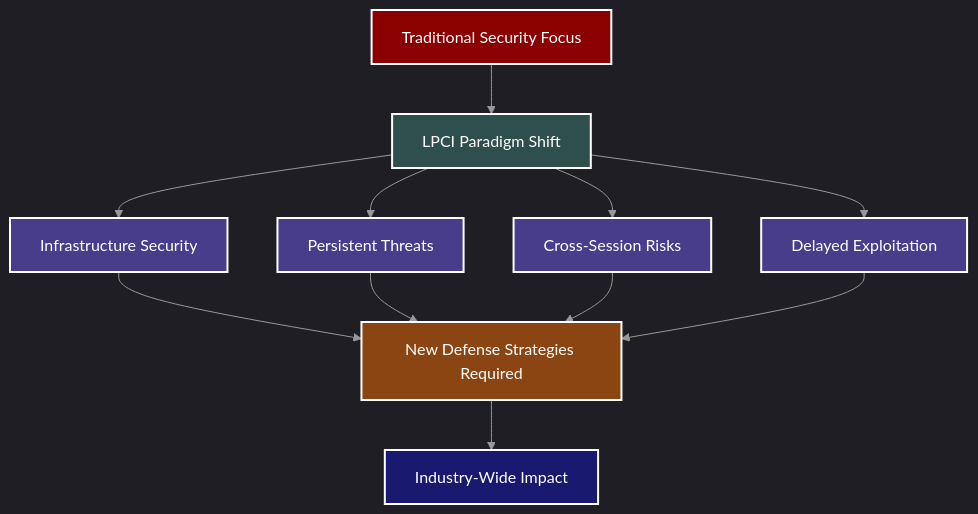
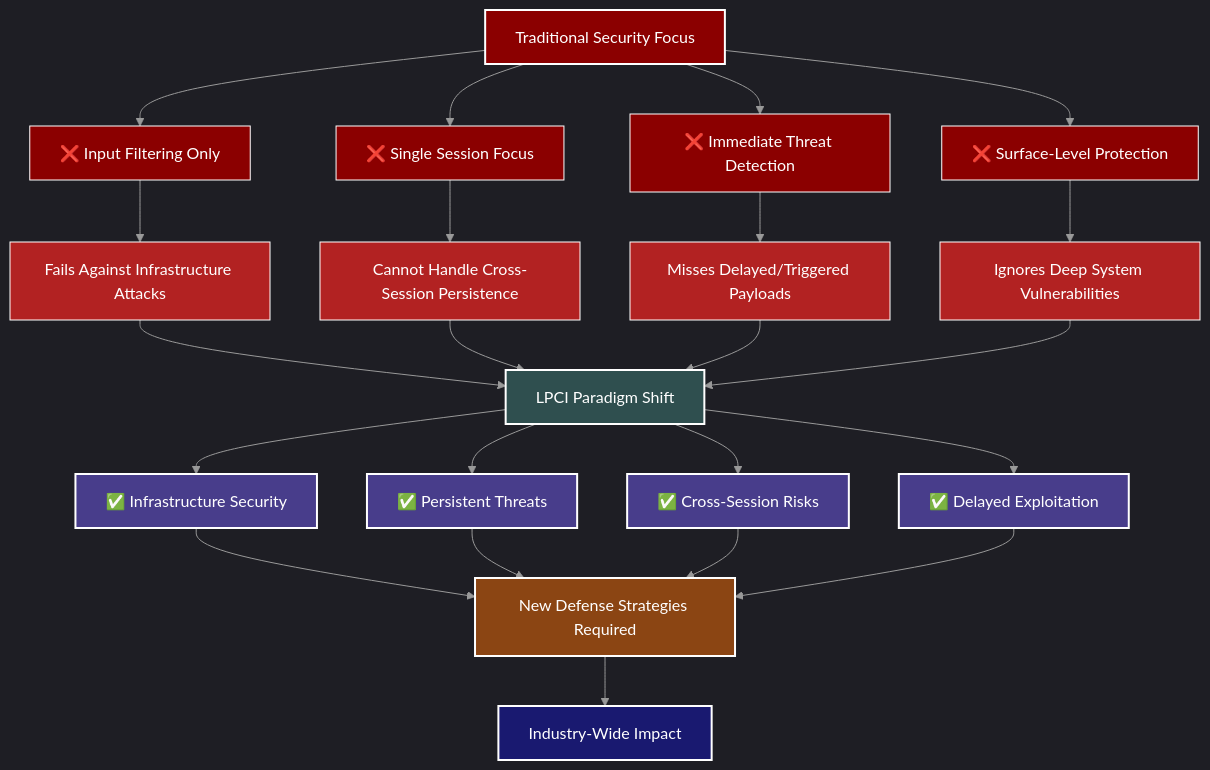
One commit to mbhatt1/agentic_lpci_framework changed the first of 2 diagrams in README.md. Above: the diagram before and after it, drawn with Mermaid.

Commit message:
Add gpt results

````diff
--- a/README.md
+++ b/README.md
@@ -54,40 +54,64 @@
 ```mermaid
 %%{init: {
   'theme': 'dark',
   'themeVariables': {
     'darkMode': true,
     'primaryColor': '#1a1a1a',
     'primaryTextColor': '#ffffff',
     'primaryBorderColor': '#3a3a3a',
     'lineColor': '#999999',
     'secondaryColor': '#2a2a2a',
     'tertiaryColor': '#333333',
     'background': '#000000',
     'mainBkg': '#1a1a1a',
     'secondBkg': '#2a2a2a',
     'tertiaryBkg': '#333333'
   }
 }}%%
 flowchart TD
-    A[Traditional Security Focus] --> B[LPCI Paradigm Shift]
-    B --> C[Infrastructure Security]
-    B --> D[Persistent Threats]
-    B --> E[Cross-Session Risks]
-    B --> F[Delayed Exploitation]
+    A[Traditional Security Focus]
+    
+    A --> A1[❌ Input Filtering Only]
+    A --> A2[❌ Single Session Focus]
+    A --> A3[❌ Immediate Threat Detection]
+    A --> A4[❌ Surface-Level Protection]
+    
+    A1 --> B1[Fails Against Infrastructure Attacks]
+    A2 --> B2[Cannot Handle Cross-Session Persistence]
+    A3 --> B3[Misses Delayed/Triggered Payloads]
+    A4 --> B4[Ignores Deep System Vulnerabilities]
+    
+    B1 --> B[LPCI Paradigm Shift]
+    B2 --> B
+    B3 --> B
+    B4 --> B
+    
+    B --> C[✅ Infrastructure Security]
+    B --> D[✅ Persistent Threats]
+    B --> E[✅ Cross-Session Risks]
+    B --> F[✅ Delayed Exploitation]
     
     C --> G[New Defense Strategies Required]
     D --> G
     E --> G
     F --> G
     
     G --> H[Industry-Wide Impact]
     
     style A fill:#8B0000,stroke:#ffffff,stroke-width:2px,color:#ffffff
+    style A1 fill:#8B0000,stroke:#ffffff,stroke-width:1px,color:#ffffff
+    style A2 fill:#8B0000,stroke:#ffffff,stroke-width:1px,color:#ffffff
+    style A3 fill:#8B0000,stroke:#ffffff,stroke-width:1px,color:#ffffff
+    style A4 fill:#8B0000,stroke:#ffffff,stroke-width:1px,color:#ffffff
+    style B1 fill:#B22222,stroke:#ffffff,stroke-width:1px,color:#ffffff
+    style B2 fill:#B22222,stroke:#ffffff,stroke-width:1px,color:#ffffff
+    style B3 fill:#B22222,stroke:#ffffff,stroke-width:1px,color:#ffffff
+    style B4 fill:#B22222,stroke:#ffffff,stroke-width:1px,color:#ffffff
     style B fill:#2F4F4F,stroke:#ffffff,stroke-width:2px,color:#ffffff
     style C fill:#483D8B,stroke:#ffffff,stroke-width:2px,color:#ffffff
     style D fill:#483D8B,stroke:#ffffff,stroke-width:2px,color:#ffffff
     style E fill:#483D8B,stroke:#ffffff,stroke-width:2px,color:#ffffff
     style F fill:#483D8B,stroke:#ffffff,stroke-width:2px,color:#ffffff
     style G fill:#8B4513,stroke:#ffffff,stroke-width:2px,color:#ffffff
     style H fill:#191970,stroke:#ffffff,stroke-width:2px,color:#ffffff
 ```
````
